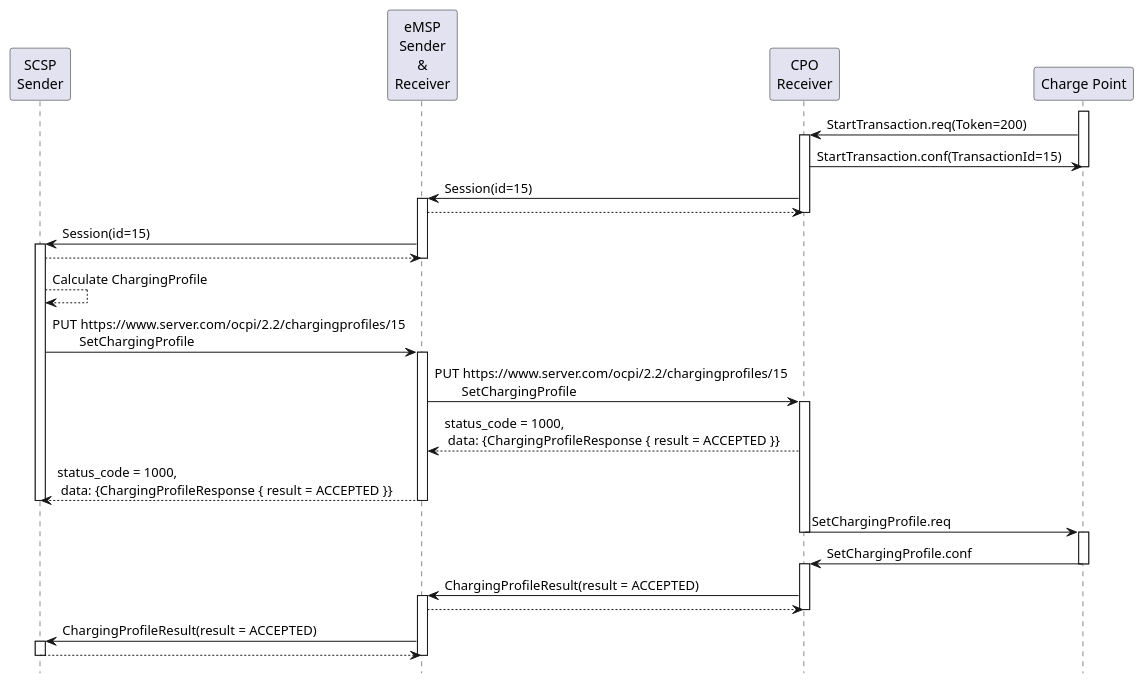
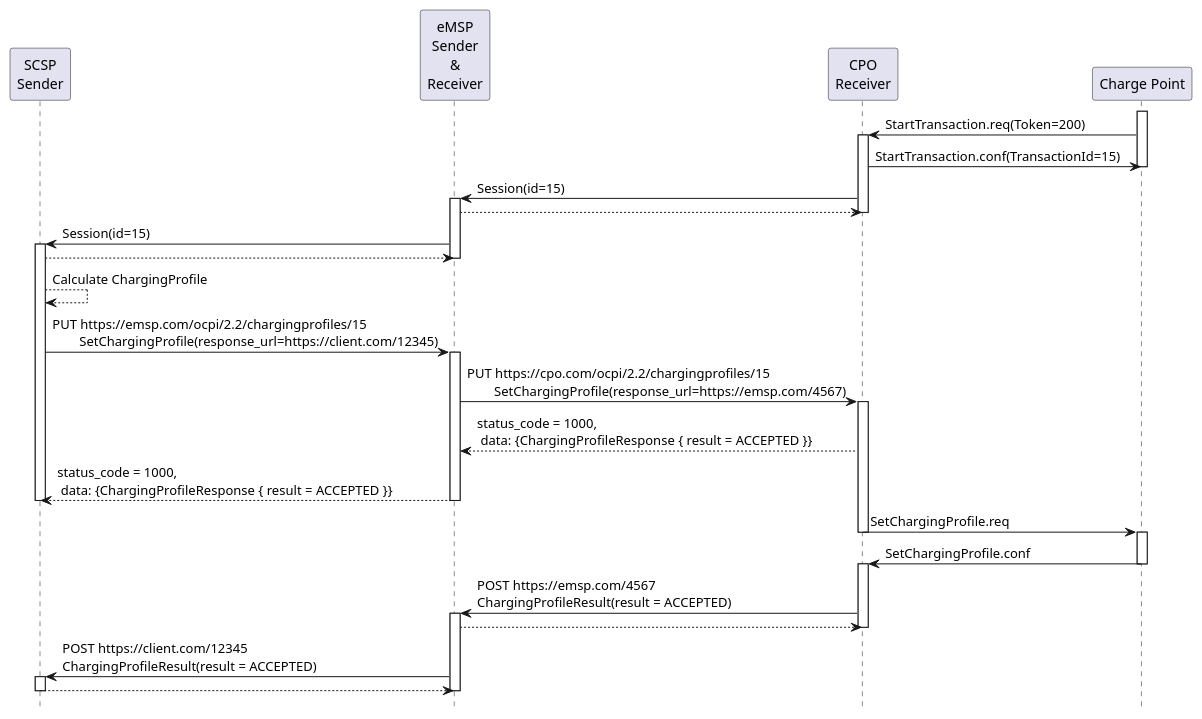
One commit to ocpi/ocpi changed the diagram in plantuml/sd_charging_profile_set_via_msp.plantuml. Above: the diagram before and after it, drawn with PlantUML. The commit also changed 9 other files, not shown here.

Commit message:
Added Clear Charging Profile examples

```diff
--- a/plantuml/sd_charging_profile_set_via_msp.plantuml
+++ b/plantuml/sd_charging_profile_set_via_msp.plantuml
@@ -1,54 +1,54 @@
 @startuml
 hide footbox
 
 participant "SCSP\nSender" as SCSP
 participant "eMSP\nSender\n&\nReceiver" as eMSP
 participant "CPO\nReceiver" as CPO
 participant "Charge Point" as CP
 
 
 activate CP
 CP   ->  CPO:  StartTransaction.req(Token=200)
 activate CPO
 CPO  ->  CP:   StartTransaction.conf(TransactionId=15)
 deactivate CP
 CPO  ->  eMSP: Session(id=15)
 activate eMSP
 eMSP --> CPO: 
 deactivate CPO
 eMSP  ->  SCSP: Session(id=15)
 activate SCSP
 SCSP --> eMSP:
 deactivate eMSP
 
 SCSP --> SCSP: Calculate ChargingProfile
 
-SCSP ->  eMSP:  PUT https://www.server.com/ocpi/2.2/chargingprofiles/15\n        SetChargingProfile
+SCSP ->  eMSP:  PUT https:~//emsp.com/ocpi/2.2/chargingprofiles/15\n        SetChargingProfile(response_url=https:~//client.com/12345)
 activate eMSP
 
-eMSP ->  CPO:  PUT https://www.server.com/ocpi/2.2/chargingprofiles/15\n        SetChargingProfile
+eMSP ->  CPO:  PUT https:~//cpo.com/ocpi/2.2/chargingprofiles/15\n        SetChargingProfile(response_url=https:~//emsp.com/4567)
 activate CPO
 CPO  --> eMSP: status_code = 1000,\n data: {ChargingProfileResponse { result = ACCEPTED }}
 eMSP  --> SCSP: status_code = 1000,\n data: {ChargingProfileResponse { result = ACCEPTED }}
 deactivate SCSP
 deactivate eMSP
 
 CPO  ->  CP:   SetChargingProfile.req
 deactivate CPO
 activate CP
 CP   ->  CPO:  SetChargingProfile.conf
 deactivate CP
 
 activate CPO
-CPO  ->  eMSP: ChargingProfileResult(result = ACCEPTED)
+CPO  ->  eMSP: POST https:~//emsp.com/4567\nChargingProfileResult(result = ACCEPTED)
 activate eMSP
 eMSP --> CPO:
 deactivate CPO
 
-eMSP  ->  SCSP: ChargingProfileResult(result = ACCEPTED)
+eMSP  ->  SCSP: POST https:~//client.com/12345\nChargingProfileResult(result = ACCEPTED)
 activate SCSP
 SCSP --> eMSP:
 deactivate eMSP
 deactivate SCSP
 
 @enduml
```
